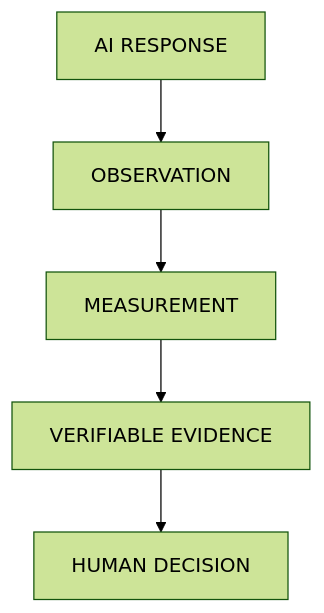
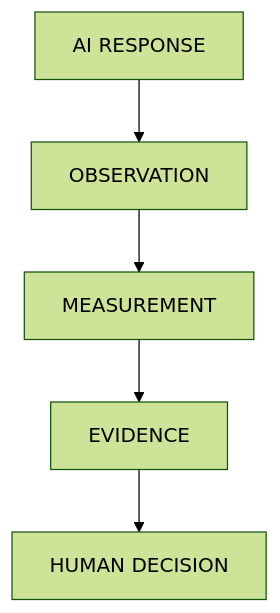
Before and after one commit to neomundi-io/neomundi-station-public: the diagram in README.md, drawn with Mermaid (forest theme). The commit also changed 1 other file, not shown here.

Commit message:
fix(readme): « VERIFIABLE EVIDENCE » était tronqué à l'affichage
Le diagramme vertical rendait « VERIFIABLE EVIDI » : GitHub borne la largeur
des blocs, et le libellé le plus long dépassait. Un mot coupé dans un schéma
est pire qu'un schéma horizontal — on ne sait pas ce qui manque.

« EVIDENCE » et « PREUVE » tiennent, et ce sont les noms que les sections du
README portent déjà. Le schéma et la page disent donc le même mot.

Les quatre autres blocs sont inchangés, et le tableau sous le diagramme non
plus.

````diff
--- a/README.md
+++ b/README.md
@@ -48,7 +48,7 @@
 ```mermaid
 flowchart TB
     A["AI RESPONSE"] --> B["OBSERVATION"]
     B --> C["MEASUREMENT"]
-    C --> D["VERIFIABLE EVIDENCE"]
+    C --> D["EVIDENCE"]
     D --> E["HUMAN DECISION"]
 ```
````
